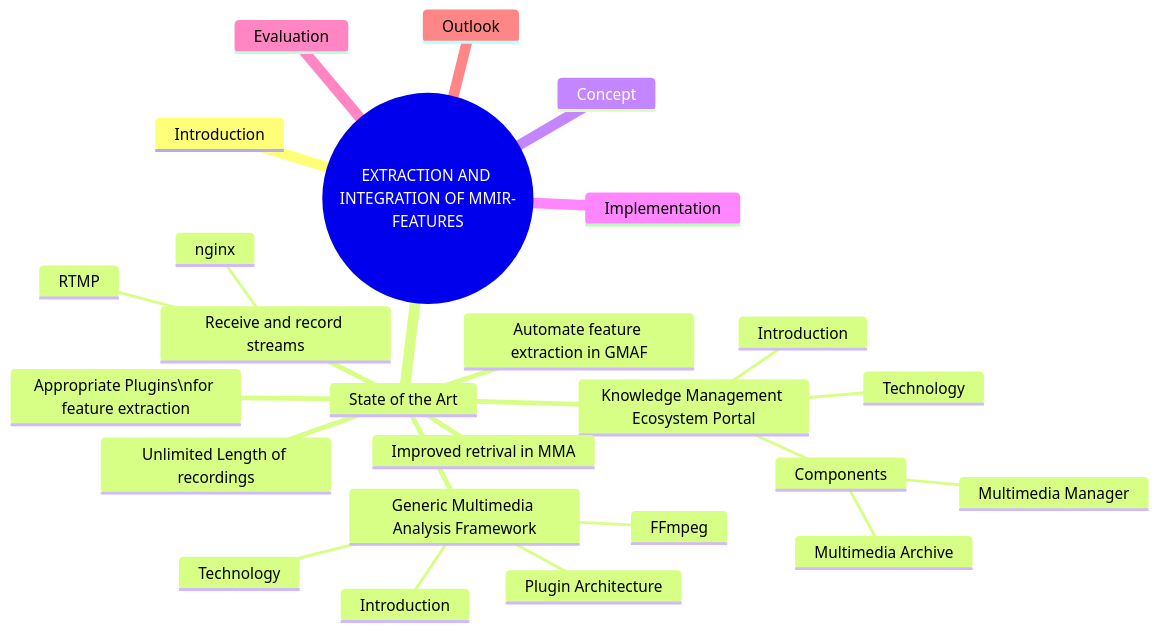
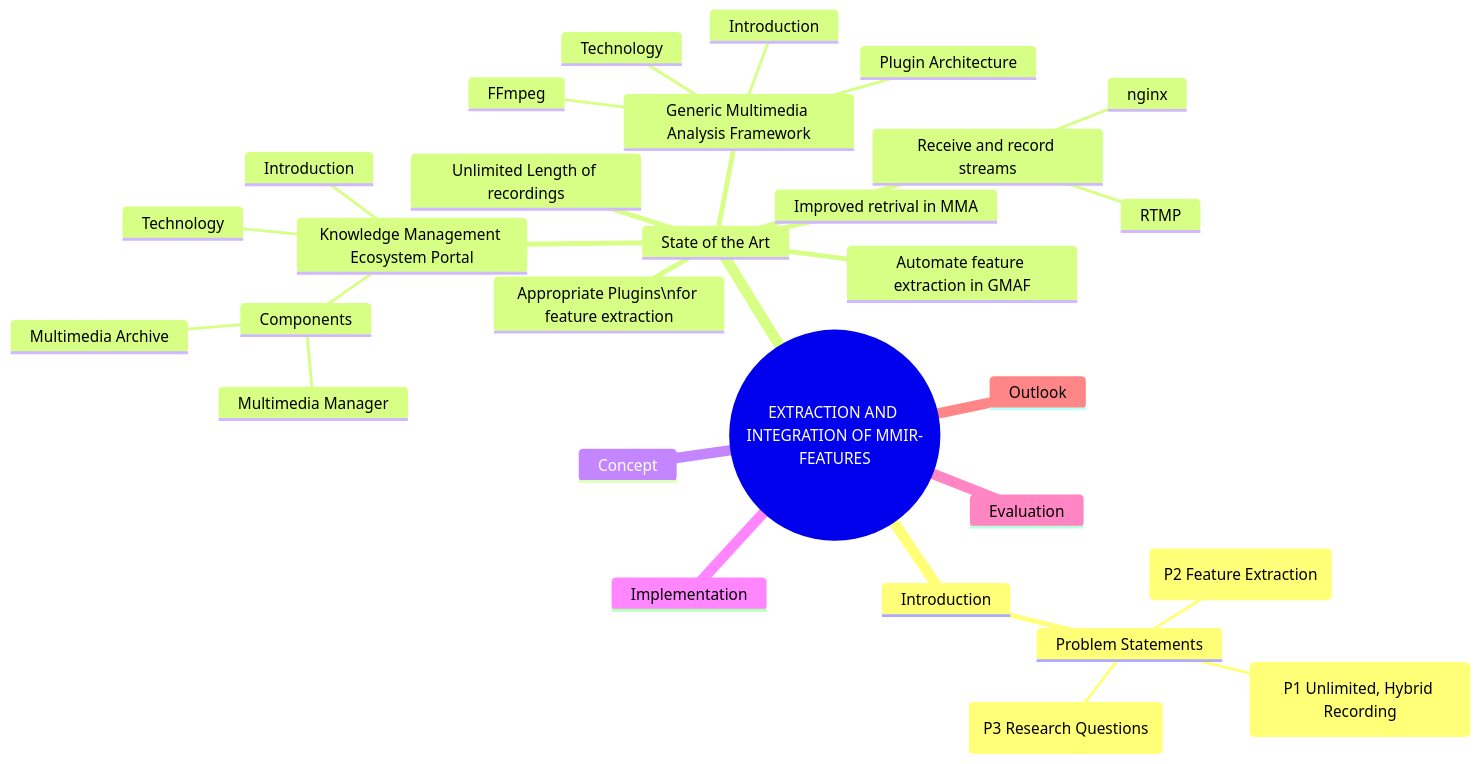
Before and after one commit to fahrbier/fernuni: the diagram in thesis/mindmap.md, drawn with Mermaid.

````diff
--- a/thesis/mindmap.md
+++ b/thesis/mindmap.md
@@ -1,29 +1,33 @@
 ```mermaid
 mindmap
   root((EXTRACTION AND INTEGRATION OF MMIR-FEATURES))
     Introduction
+      Problem Statements
+        (P1 Unlimited, Hybrid Recording)
+        (P2 Feature Extraction)
+        (P3 Research Questions)
     State of the Art
       Knowledge Management Ecosystem Portal
         Introduction
         Technology
         Components
           Multimedia Archive
           Multimedia Manager
       Generic Multimedia Analysis Framework
         Introduction
         Technology
         Plugin Architecture
         FFmpeg
       Receive and record streams
         RTMP
         nginx
       Unlimited Length of recordings
       Appropriate Plugins\nfor feature extraction
       Automate feature extraction in GMAF
       Improved retrival in MMA       
     Concept
     Implementation
     Evaluation
     Outlook
 
 ```
````
